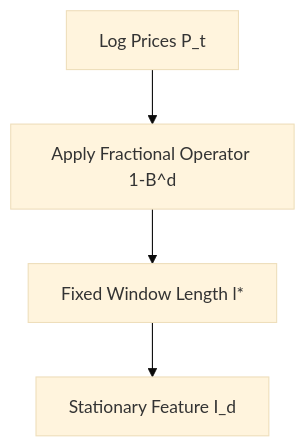
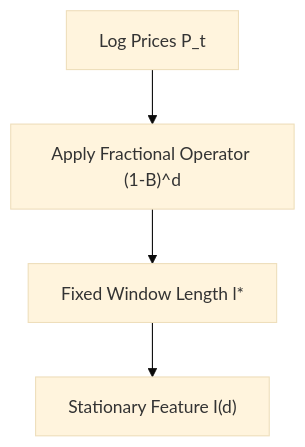
Before and after one commit to yashiigupta/stalker: the first of 2 diagrams in docs/literature_review.md, drawn with Mermaid (base theme). The commit also changed other lines of this file and 1 other file, not shown here.

````diff
--- a/docs/literature_review.md
+++ b/docs/literature_review.md
@@ -31,6 +32,6 @@
 ```mermaid
 graph TD
-    A[Log Prices P_t] --> B[Apply Fractional Operator 1-B^d]
-    B --> C[Fixed Window Length l*]
-    C --> D[Stationary Feature I_d]
+    A["Log Prices P_t"] --> B["Apply Fractional Operator (1-B)^d"]
+    B --> C["Fixed Window Length l*"]
+    C --> D["Stationary Feature I(d)"]
 ```
````
